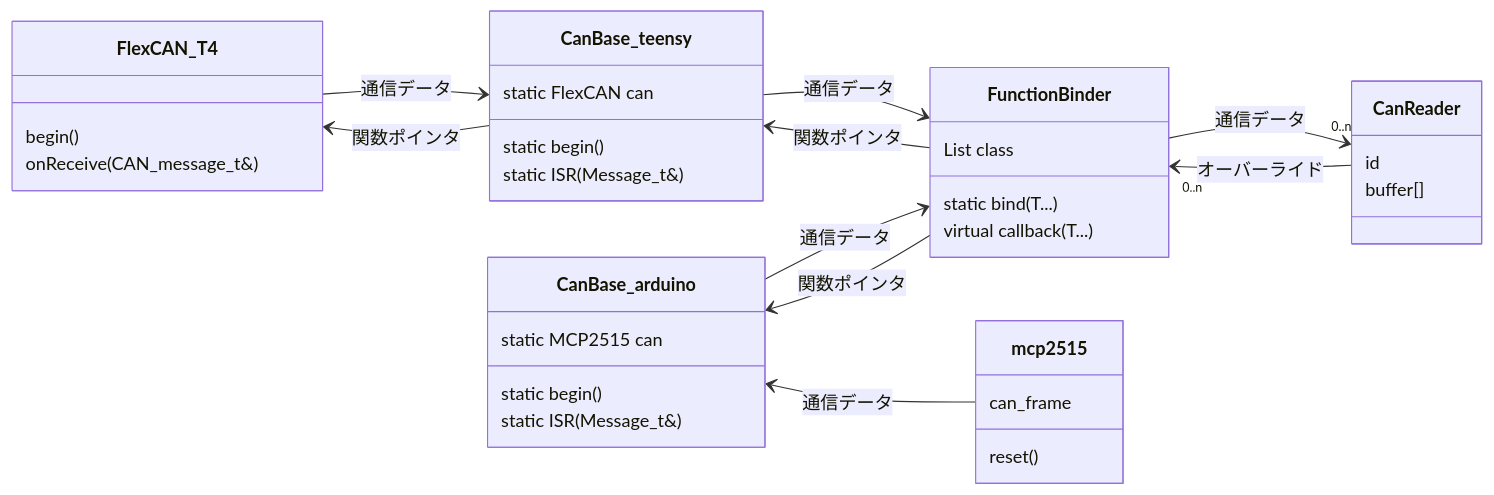
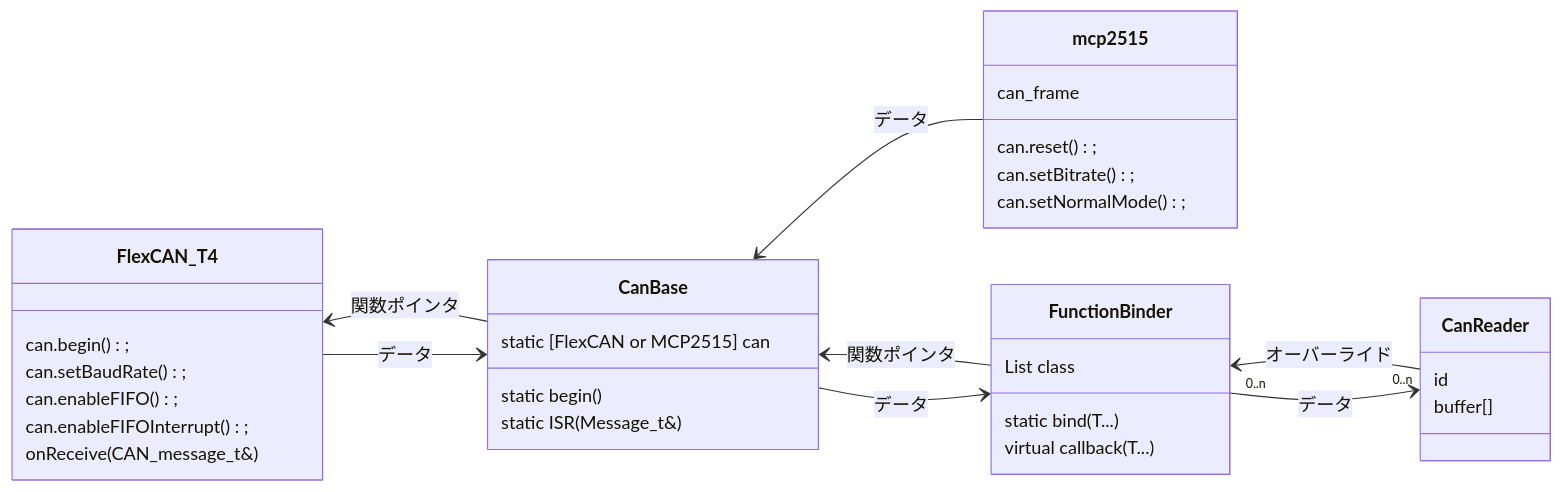
The diagram in com/can/CanReader/README.md (udonrobo/UdonLibrary), drawn with Mermaid before and after one commit. The commit also changed other lines of this file and 3 other files, not shown here.

````diff
--- a/com/can/CanReader/README.md
+++ b/com/can/CanReader/README.md
@@ -105,50 +103,46 @@
 ```mermaid
 classDiagram
   direction RL
 
   class CanReader {
-	id
-	buffer[]
+    id
+    buffer[]
   }
 
-  class CanBase_teensy {
-	static FlexCAN can
-	static begin()
-	static ISR(Message_t&)
-  }
-
-  class CanBase_arduino {
-	static MCP2515 can
-	static begin()
-	static ISR(Message_t&)
+  class CanBase {
+    static [FlexCAN or MCP2515] can
+    static begin()
+    static ISR(Message_t&)
   }
 
   class mcp2515 {
-	can_frame
-	reset()
+    can_frame
+    can.reset();
+    can.setBitrate();
+    can.setNormalMode();
   }
   class FlexCAN_T4 {
-	begin()
-	onReceive(CAN_message_t&)
+    can.begin();
+    can.setBaudRate();
+    can.enableFIFO();
+    can.enableFIFOInterrupt();
+    onReceive(CAN_message_t&)
   }
 
   class FunctionBinder {
-	List class
-	static bind(T...)
-	virtual callback(T...)
+    List class
+    static bind(T...)
+    virtual callback(T...)
   }
 
-	FlexCAN_T4 --> CanBase_teensy : 通信データ
-	CanBase_teensy --> FlexCAN_T4 : 関数ポインタ
+	FlexCAN_T4 --> CanBase : データ
+	CanBase --> FlexCAN_T4 : 関数ポインタ
 
-	mcp2515 --> CanBase_arduino : 通信データ
+	mcp2515 --> CanBase : データ
 
-	CanBase_arduino --> FunctionBinder : 通信データ
-	FunctionBinder --> CanBase_arduino : 関数ポインタ
+	CanBase --> FunctionBinder : データ
+	FunctionBinder --> CanBase : 関数ポインタ
 
-	CanBase_teensy --> FunctionBinder : 通信データ
-	FunctionBinder --> CanBase_teensy : 関数ポインタ
-
-	FunctionBinder --> "0..n" CanReader : 通信データ
+	FunctionBinder --> "0..n" CanReader : データ
 	CanReader --> "0..n" FunctionBinder : オーバーライド
 ```
````
